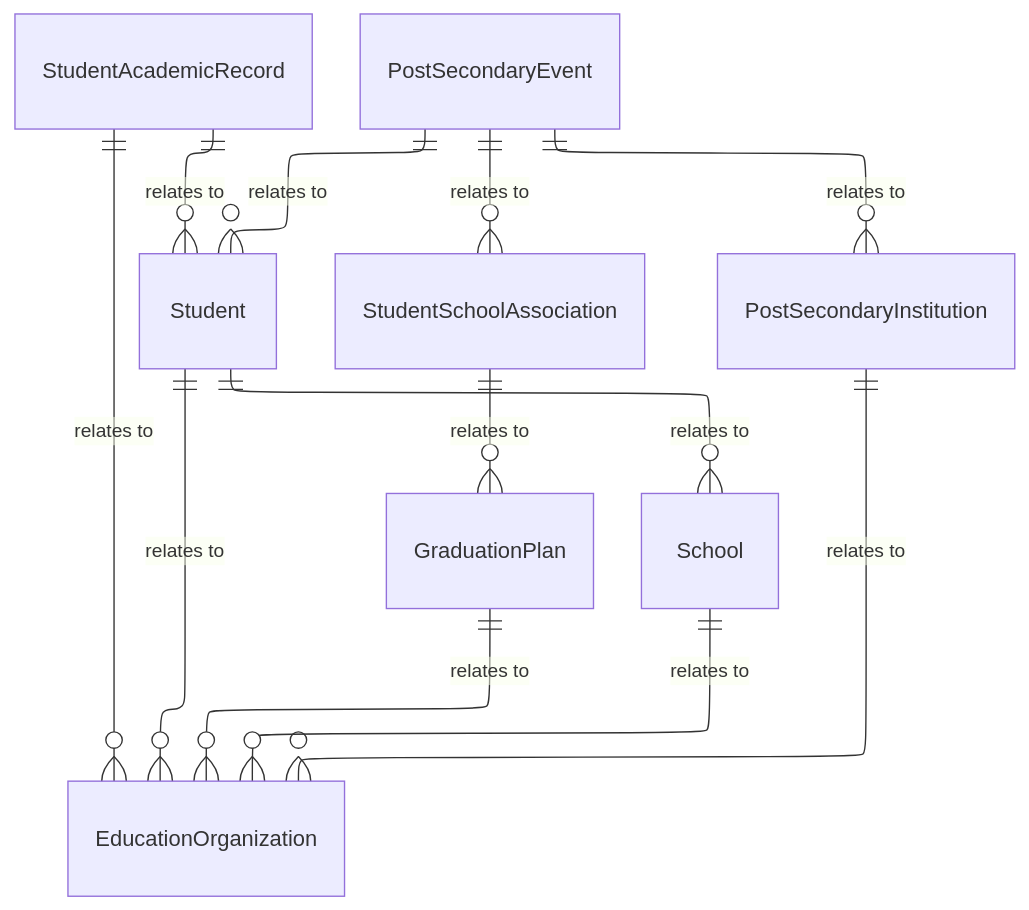
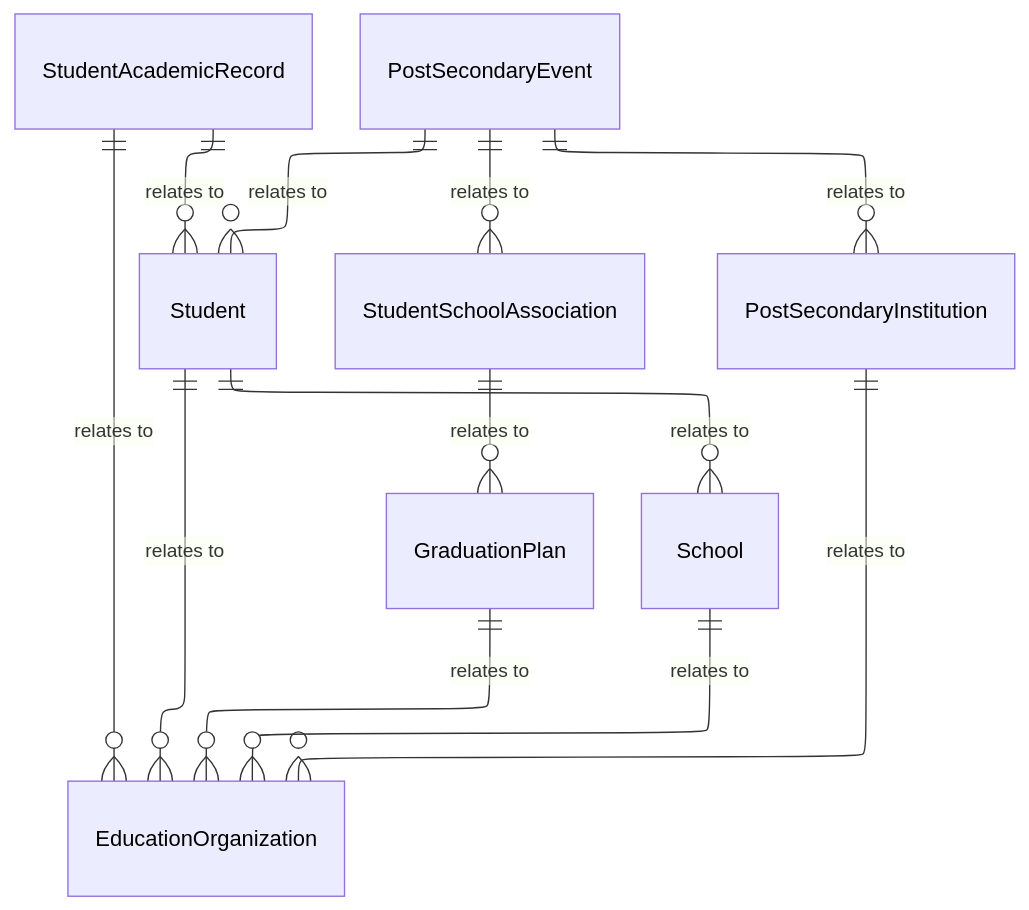
One commit to Ed-Fi-Alliance-OSS/ed-fi-alliance-oss.github.io changed the diagram in dataStandard_versioned_docs/version-6/model-reference/graduation-domain/model-diagrams.md. Above: the diagram before and after it, drawn with Mermaid. The commit also changed 24 other files, not shown here.

````diff
--- a/dataStandard_versioned_docs/version-6/model-reference/graduation-domain/model-diagrams.md
+++ b/dataStandard_versioned_docs/version-6/model-reference/graduation-domain/model-diagrams.md
@@ -11,36 +11,42 @@
 ```mermaid
 ---
-
 config:
   layout: elk
 ---
-
 erDiagram
     Student {
     }
     StudentSchoolAssociation {
     }
     StudentAcademicRecord {
     }
     GraduationPlan {
     }
     PostSecondaryEvent {
     }
     PostSecondaryInstitution {
     }
     EducationOrganization {
     }
     School {
     }
     Student ||--o{ EducationOrganization : "relates to"
     Student ||--o{ School : "relates to"
     StudentSchoolAssociation ||--o{ GraduationPlan : "relates to"
     StudentAcademicRecord ||--o{ Student : "relates to"
     StudentAcademicRecord ||--o{ EducationOrganization : "relates to"
     GraduationPlan ||--o{ EducationOrganization : "relates to"
     PostSecondaryEvent ||--o{ Student : "relates to"
     PostSecondaryEvent ||--o{ StudentSchoolAssociation : "relates to"
     PostSecondaryEvent ||--o{ PostSecondaryInstitution : "relates to"
     PostSecondaryInstitution ||--o{ EducationOrganization : "relates to"
     School ||--o{ EducationOrganization : "relates to"
+    style Student color:#000000
+    style StudentSchoolAssociation color:#000000
+    style StudentAcademicRecord color:#000000
+    style GraduationPlan color:#000000
+    style PostSecondaryEvent color:#000000
+    style PostSecondaryInstitution color:#000000
+    style EducationOrganization color:#000000
+    style School color:#000000
 ```
````
